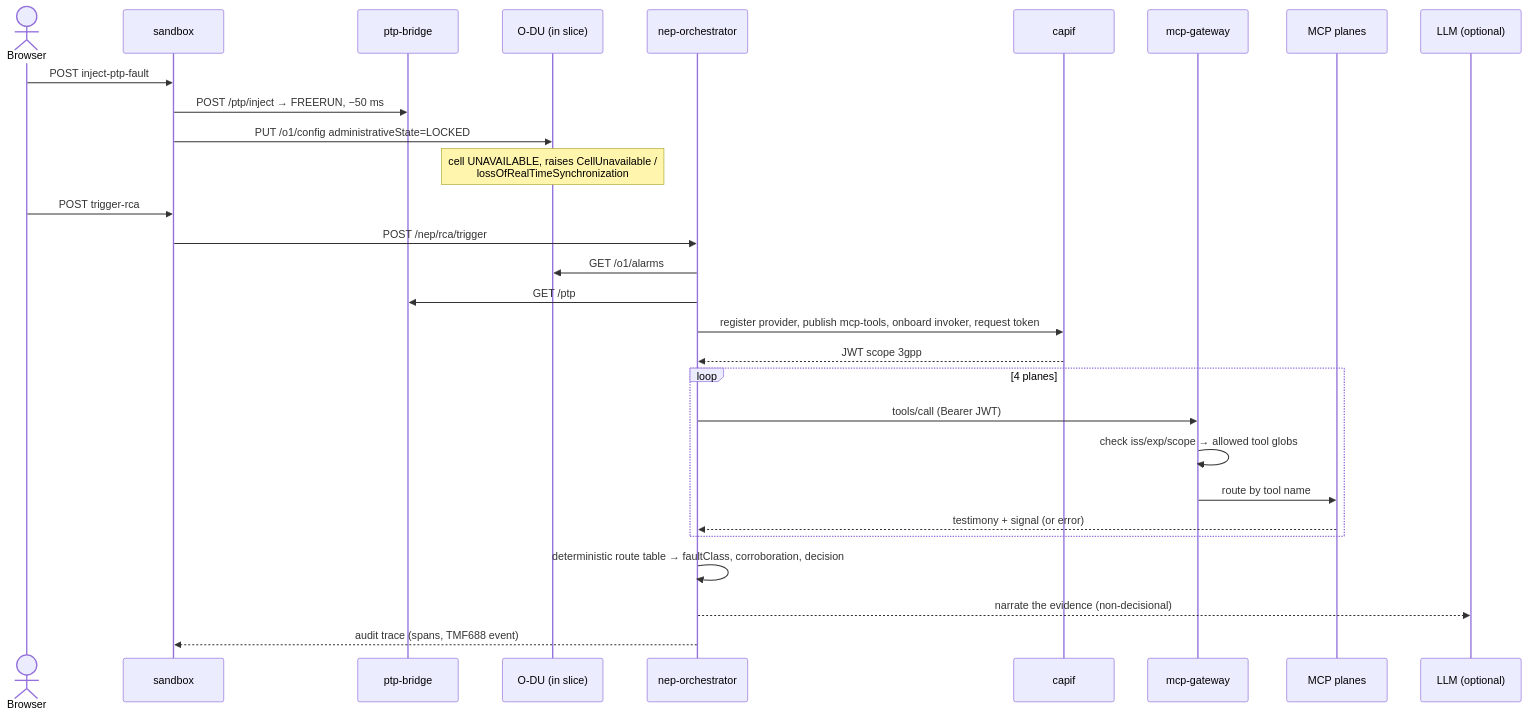
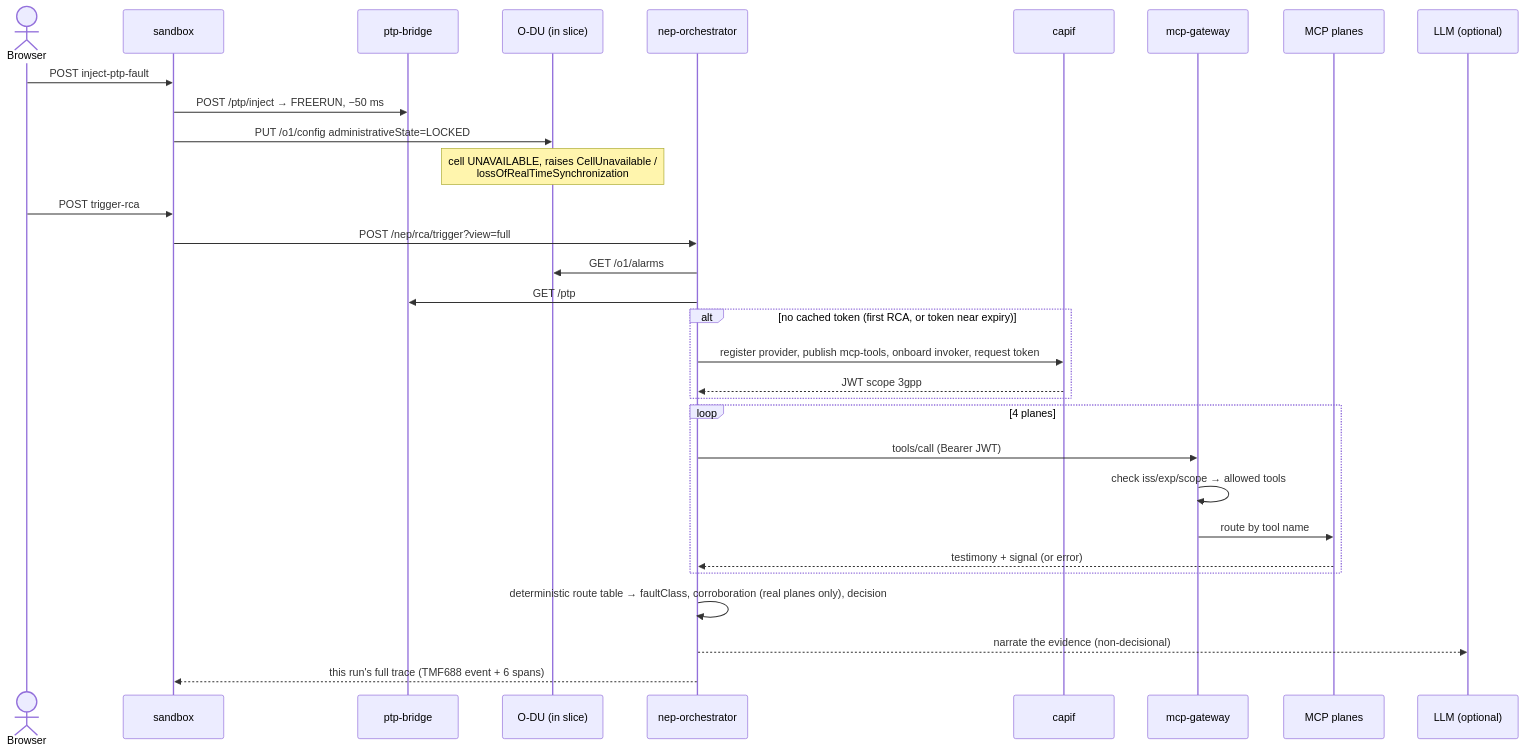
One commit to dkypuros/multivendor-agentic-rca changed the third of 3 diagrams in docs/architecture.md. Above: the diagram before and after it, drawn with Mermaid. The commit also changed other lines of this file and 43 other files, not shown here.

First line of the commit message:
Harden the lab, fix RCA accuracy, and add an example heal/re-check run

````diff
--- a/docs/architecture.md
+++ b/docs/architecture.md
@@ -80,31 +80,33 @@
 ```mermaid
 sequenceDiagram
     actor U as Browser
     participant SB as sandbox
     participant P as ptp-bridge
     participant D as O-DU (in slice)
     participant N as nep-orchestrator
     participant C as capif
     participant G as mcp-gateway
     participant M as MCP planes
     participant L as LLM (optional)
     U->>SB: POST inject-ptp-fault
     SB->>P: POST /ptp/inject → FREERUN, −50 ms
     SB->>D: PUT /o1/config administrativeState=LOCKED
     Note over D: cell UNAVAILABLE, raises CellUnavailable /<br/>lossOfRealTimeSynchronization
     U->>SB: POST trigger-rca
-    SB->>N: POST /nep/rca/trigger
+    SB->>N: POST /nep/rca/trigger?view=full
     N->>D: GET /o1/alarms
     N->>P: GET /ptp
-    N->>C: register provider, publish mcp-tools, onboard invoker, request token
-    C-->>N: JWT scope 3gpp#mcp-aef:mcp-tools
+    alt no cached token (first RCA, or token near expiry)
+        N->>C: register provider, publish mcp-tools, onboard invoker, request token
+        C-->>N: JWT scope 3gpp#mcp-aef:mcp-tools (cached until exp − 60 s)
+    end
     loop 4 planes
         N->>G: tools/call (Bearer JWT)
-        G->>G: check iss/exp/scope → allowed tool globs
+        G->>G: check iss/exp/scope → allowed tools
         G->>M: route by tool name
         M-->>N: testimony + signal (or error)
     end
-    N->>N: deterministic route table → faultClass, corroboration, decision
+    N->>N: deterministic route table → faultClass, corroboration (real planes only), decision
     N-->>L: narrate the evidence (non-decisional)
-    N-->>SB: audit trace (spans, TMF688 event)
+    N-->>SB: this run's full trace (TMF688 event + 6 spans)
 ```
````
